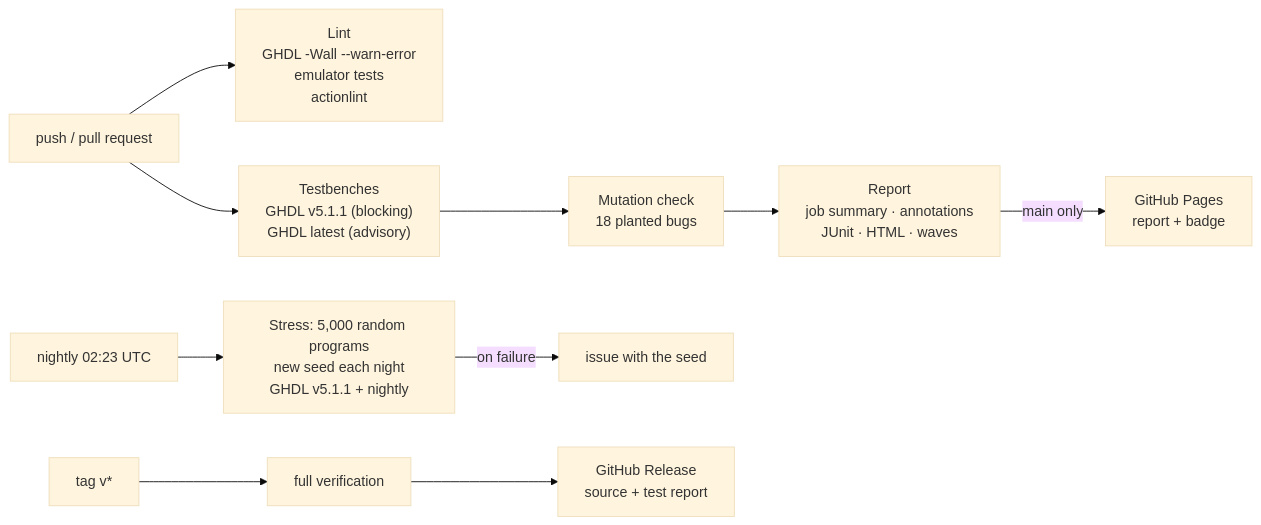
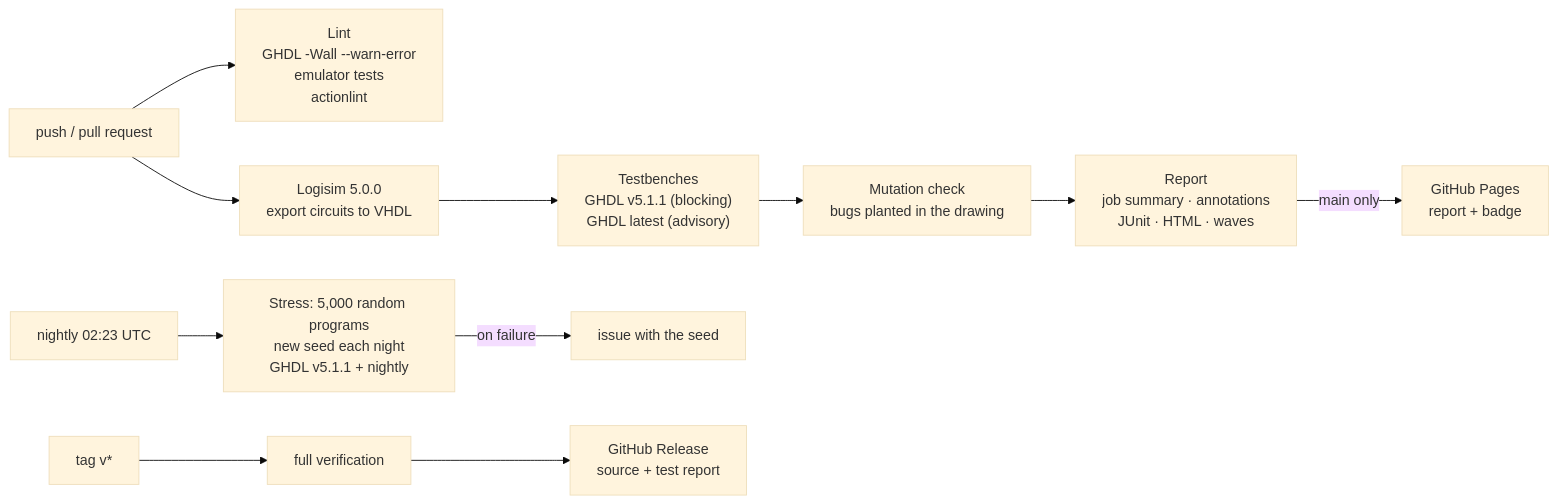
Before and after one commit to lilrom13/sprout8: the diagram in README.md, drawn with Mermaid (base theme). The commit also changed other lines of this file and 7 other files, not shown here.

````diff
--- a/README.md
+++ b/README.md
@@ -51,11 +57,11 @@
 ```mermaid
 flowchart LR
   PR["push / pull request"] --> L["Lint<br/>GHDL -Wall --warn-error<br/>emulator tests<br/>actionlint"]
-  PR --> T["Testbenches<br/>GHDL v5.1.1 (blocking)<br/>GHDL latest (advisory)"]
-  T --> M["Mutation check<br/>18 planted bugs"]
+  PR --> X["Logisim 5.0.0<br/>export circuits to VHDL"] --> T["Testbenches<br/>GHDL v5.1.1 (blocking)<br/>GHDL latest (advisory)"]
+  T --> M["Mutation check<br/>bugs planted in the drawing"]
   M --> R["Report<br/>job summary · annotations<br/>JUnit · HTML · waves"]
   R -->|main only| P["GitHub Pages<br/>report + badge"]
   N["nightly 02:23 UTC"] --> S["Stress: 5,000 random programs<br/>new seed each night<br/>GHDL v5.1.1 + nightly"]
   S -->|on failure| I["issue with the seed"]
   TAG["tag v*"] --> V["full verification"] --> GR["GitHub Release<br/>source + test report"]
 ```
````
